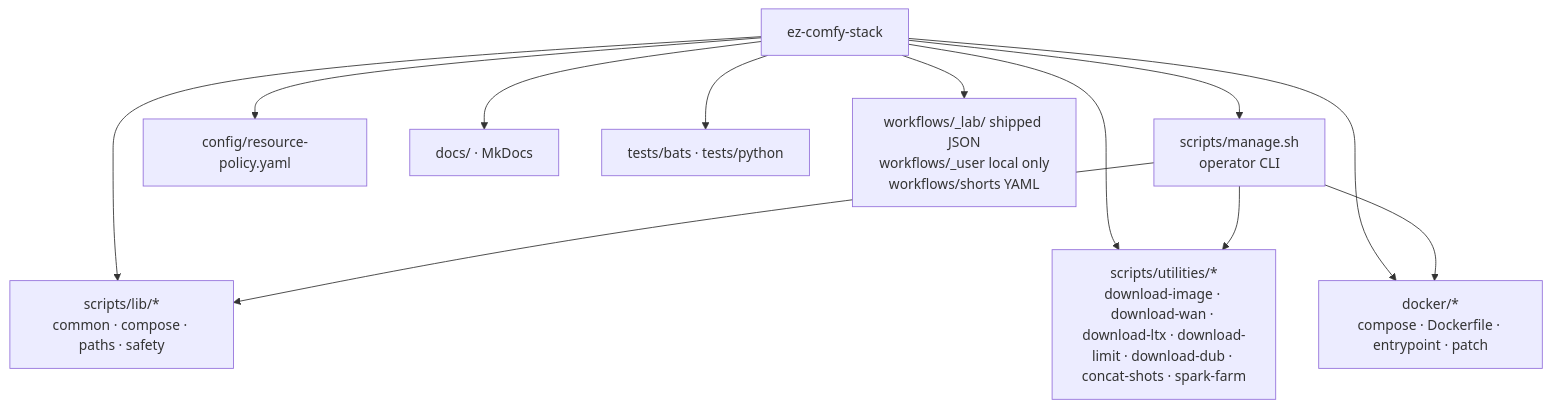
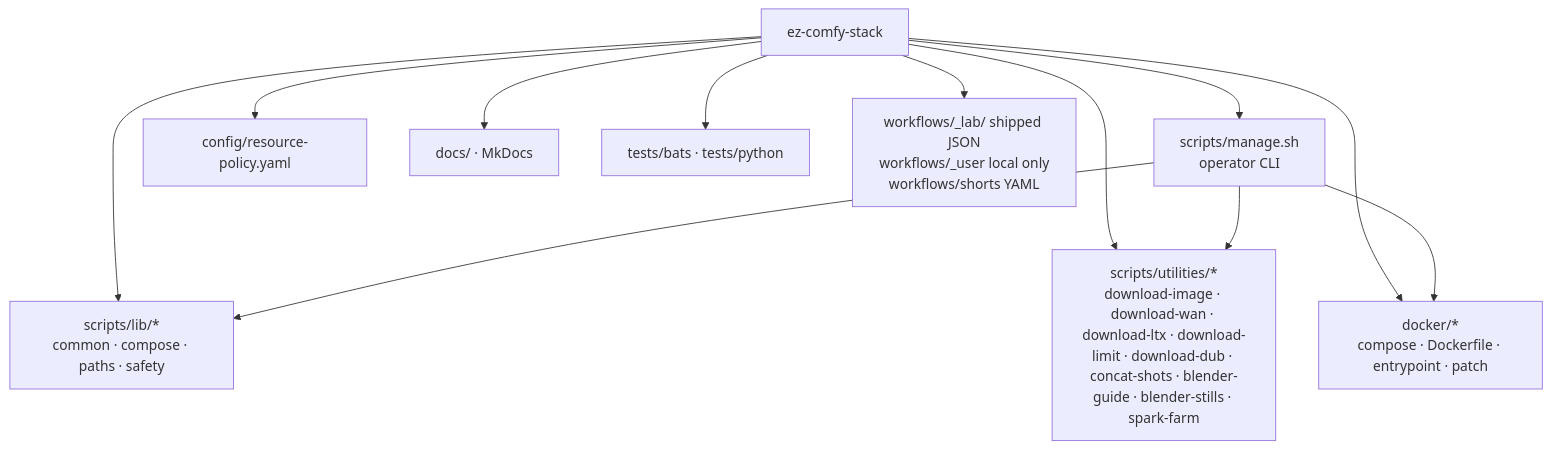
The first of 6 diagrams in docs/project-conventions.md (toxicoder/ez-comfy-stack), drawn with Mermaid before and after one commit. The commit also changed 37 other files, not shown here.

First line of the commit message:
feat(dcc): Blender creator suite for stills and 5s video

````diff
--- a/docs/project-conventions.md
+++ b/docs/project-conventions.md
@@ -37,15 +37,15 @@
 ```mermaid
 flowchart TB
   Root["ez-comfy-stack"]
   Root --> Manage["scripts/manage.sh<br/>operator CLI"]
   Root --> Lib["scripts/lib/*<br/>common · compose · paths · safety"]
-  Root --> Util["scripts/utilities/*<br/>download-image · download-wan · download-ltx · download-limit · download-dub · concat-shots · spark-farm"]
+  Root --> Util["scripts/utilities/*<br/>download-image · download-wan · download-ltx · download-limit · download-dub · concat-shots · blender-guide · blender-stills · spark-farm"]
   Root --> Docker["docker/*<br/>compose · Dockerfile · entrypoint · patch"]
   Root --> Cfg["config/resource-policy.yaml"]
   Root --> Docs["docs/ · MkDocs"]
   Root --> Tests["tests/bats · tests/python"]
   Root --> Wf["workflows/_lab/<lane> shipped JSON<br/>workflows/_user local only<br/>workflows/shorts YAML"]
   Manage --> Lib
   Manage --> Util
   Manage --> Docker
 ```
````
